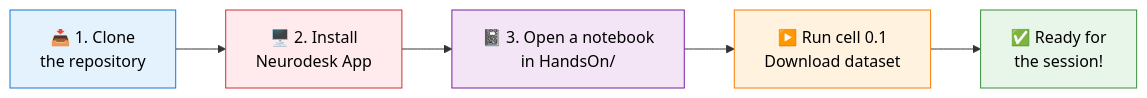
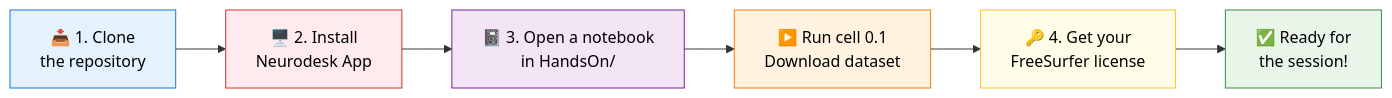
One commit to indos-costaction/wg3-ts2026-aleman-gomez changed the first of 2 diagrams in HandsOn/README.md. Above: the diagram before and after it, drawn with Mermaid. The commit also changed other lines of this file, not shown here.

Commit message:
Adding a section to create the FreeSurfer license

````diff
--- a/HandsOn/README.md
+++ b/HandsOn/README.md
@@ -27,13 +27,15 @@
 ```mermaid
 flowchart LR
     A["📥 1. Clone<br/>the repository"] --> B["🖥️ 2. Install<br/>Neurodesk App"]
     B --> C["📓 3. Open a notebook<br/>in HandsOn/"]
     C --> D["▶️ Run cell 0.1<br/>Download dataset"]
-    D --> E["✅ Ready for<br/>the session!"]
+    D --> F["🔑 4. Get your<br/>FreeSurfer license"]
+    F --> E["✅ Ready for<br/>the session!"]
 
     style A fill:#e3f2fd,stroke:#1976d2,color:#000
     style B fill:#ffebee,stroke:#d32f2f,color:#000
     style C fill:#f3e5f5,stroke:#7b1fa2,color:#000
     style D fill:#fff3e0,stroke:#f57c00,color:#000
+    style F fill:#fffde7,stroke:#fbc02d,color:#000
     style E fill:#e8f5e9,stroke:#388e3c,color:#000
 ```
````
